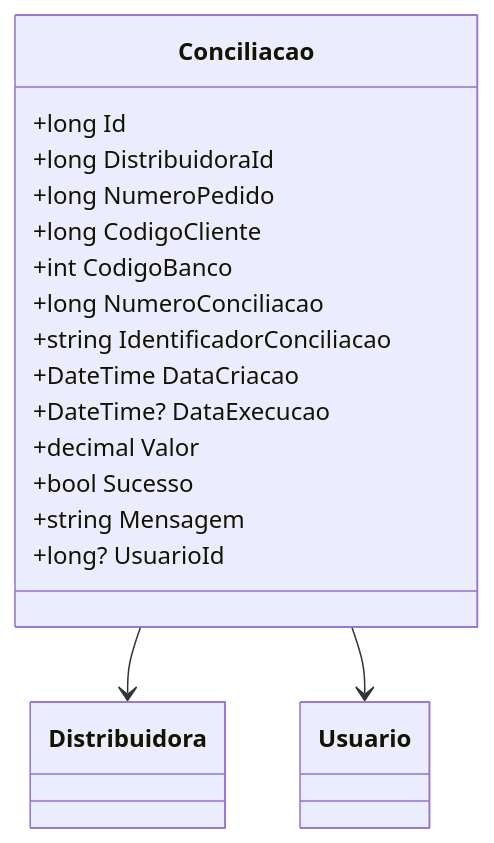
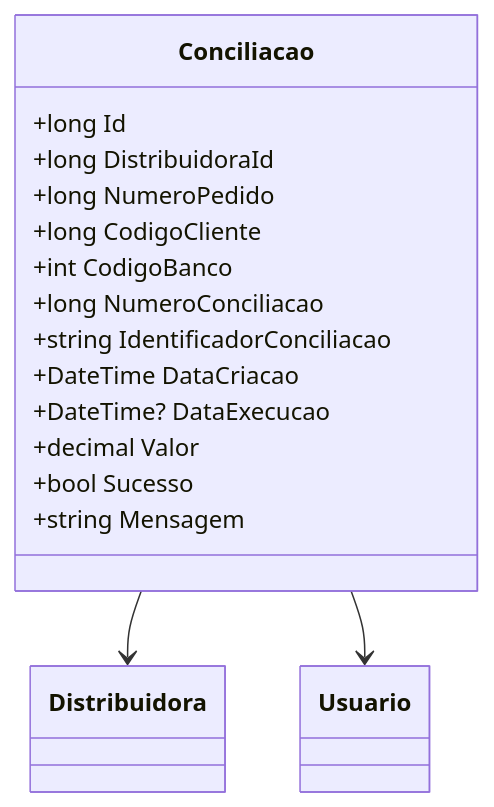
One commit to IsthmusSistemas/documentacao-tecnica changed the diagram in docs/b2b-dominio/IsthmusWinthor.Nucleo/IsthmusWinthor.Dominio/Entidades/Conciliacao.md. Above: the diagram before and after it, drawn with Mermaid. The commit also changed other lines of this file and 882 other files, not shown here.

````diff
--- a/docs/b2b-dominio/IsthmusWinthor.Nucleo/IsthmusWinthor.Dominio/Entidades/Conciliacao.md
+++ b/docs/b2b-dominio/IsthmusWinthor.Nucleo/IsthmusWinthor.Dominio/Entidades/Conciliacao.md
@@ -43,20 +48,26 @@
 ```mermaid
 classDiagram
     class Conciliacao {
         +long Id
         +long DistribuidoraId
         +long NumeroPedido
         +long CodigoCliente
         +int CodigoBanco
         +long NumeroConciliacao
         +string IdentificadorConciliacao
         +DateTime DataCriacao
         +DateTime? DataExecucao
         +decimal Valor
         +bool Sucesso
         +string Mensagem
-        +long? UsuarioId
     }
+
+    class Distribuidora {
+    }
+
+    class Usuario {
+    }
+
     Conciliacao --> Distribuidora
     Conciliacao --> Usuario
 ```
````
